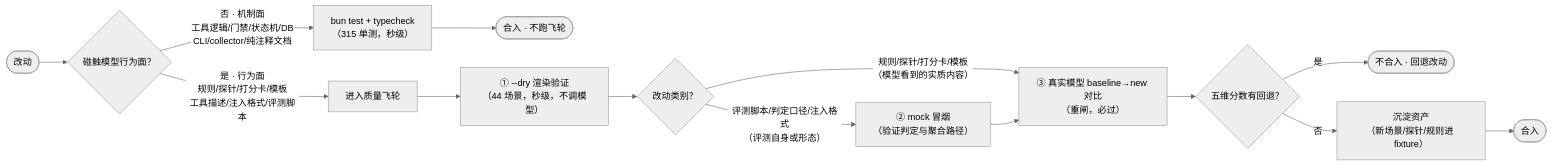
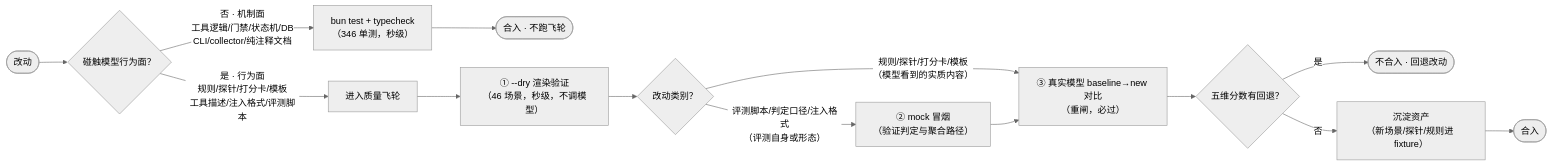
Diagram 19 of 19 in opencode-session-mgmt/docs/session-management.md (wonglaitung/opencode), drawn with Mermaid (neutral theme) before and after one commit. The commit also changed other lines of this file and 1 other file, not shown here.

First line of the commit message:
docs(reqdoc): P2 渲染可测化文档同步——r23/r24 规则、7.5 门禁图、13.x 场景与落地记录

````diff
--- a/opencode-session-mgmt/docs/session-management.md
+++ b/opencode-session-mgmt/docs/session-management.md
@@ -1873,16 +1889,16 @@
 ```mermaid
 flowchart LR
     A(["改动"]) --> B{"碰触模型行为面？"}
-    B -->|"否 · 机制面<br/>工具逻辑/门禁/状态机/DB<br/>CLI/collector/纯注释文档"| C["bun test + typecheck<br/>（315 单测，秒级）"]
+    B -->|"否 · 机制面<br/>工具逻辑/门禁/状态机/DB<br/>CLI/collector/纯注释文档"| C["bun test + typecheck<br/>（346 单测，秒级）"]
     C --> Z(["合入 · 不跑飞轮"])
     B -->|"是 · 行为面<br/>规则/探针/打分卡/模板<br/>工具描述/注入格式/评测脚本"| D["进入质量飞轮"]
-    D --> E["① --dry 渲染验证<br/>（44 场景，秒级，不调模型）"]
+    D --> E["① --dry 渲染验证<br/>（46 场景，秒级，不调模型）"]
     E --> F{"改动类别？"}
     F -->|"规则/探针/打分卡/模板<br/>（模型看到的实质内容）"| H
     F -->|"评测脚本/判定口径/注入格式<br/>（评测自身或形态）"| G["② mock 冒烟<br/>（验证判定与聚合路径）"]
     G --> H
     H["③ 真实模型 baseline→new 对比<br/>（重闸，必过）"] --> I{"五维分数有回退？"}
     I -->|"是"| J(["不合入 · 回退改动"])
     I -->|"否"| K["沉淀资产<br/>（新场景/探针/规则进 fixture）"]
     K --> L(["合入"])
 ```
````
